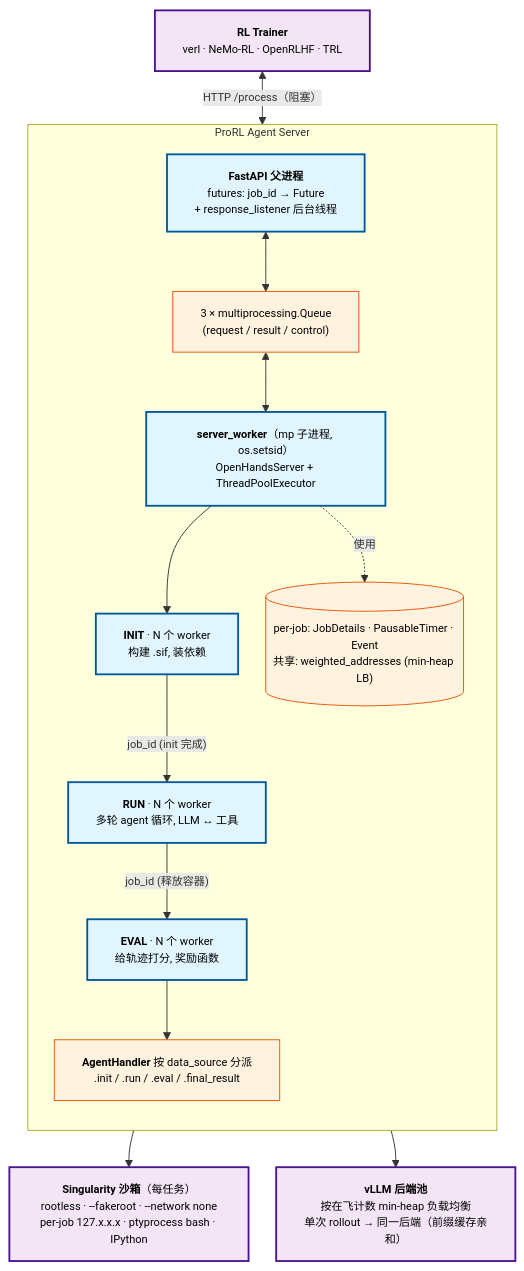
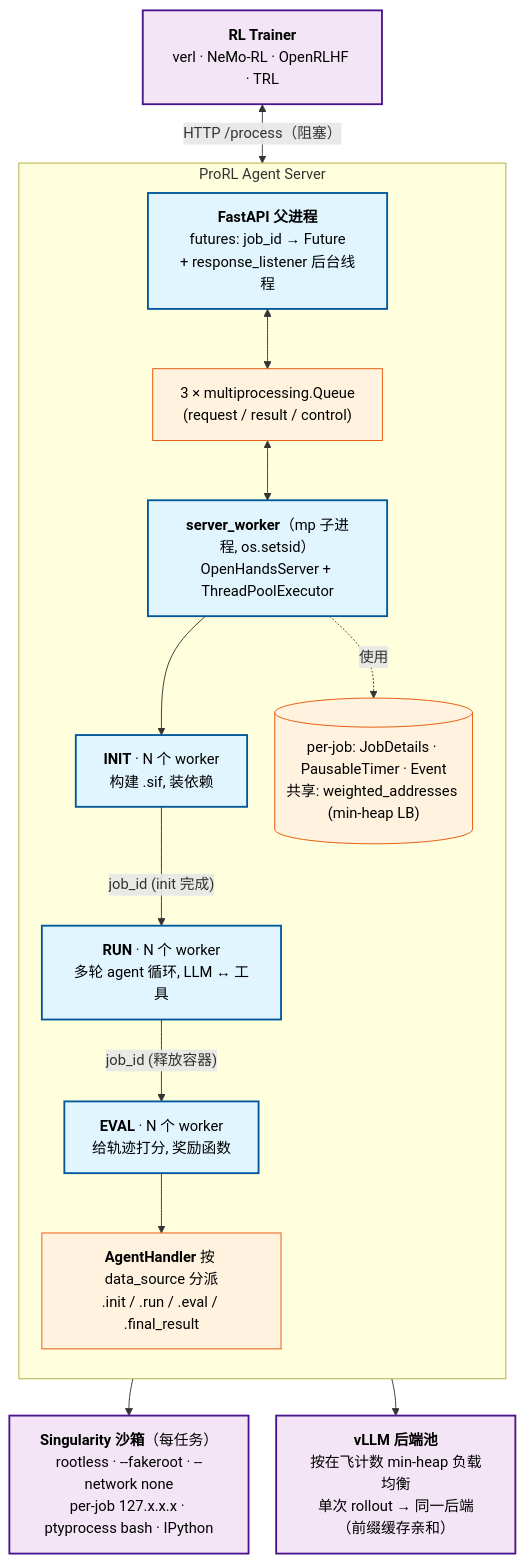
Before and after one commit to shikicloud/MLSys: the diagram in CN/wiki/agentic-rl/prorl-agent.md, drawn with Mermaid. The commit also changed 6 other files, not shown here.

First line of the commit message:
Fix Mermaid diagram rendering in dark mode

````diff
--- a/CN/wiki/agentic-rl/prorl-agent.md
+++ b/CN/wiki/agentic-rl/prorl-agent.md
@@ -83,36 +83,36 @@
 ```mermaid
-%%{init: {"flowchart": {"nodeSpacing": 30, "rankSpacing": 40}, "themeVariables": {"fontSize": "12px"}}}%%
+%%{init: {"flowchart": {"nodeSpacing": 30, "rankSpacing": 40}}}%%
 flowchart TB
     classDef ext fill:#f3e5f5,stroke:#4a148c,stroke-width:2px,color:#000
     classDef svc fill:#e1f5ff,stroke:#01579b,stroke-width:2px,color:#000
     classDef state fill:#fff3e0,stroke:#e65100,stroke-width:1px,color:#000
 
     Trainer["<b>RL Trainer</b><br/>verl · NeMo-RL · OpenRLHF · TRL"]:::ext
 
     subgraph Server["ProRL Agent Server"]
         direction TB
         FastAPI["<b>FastAPI 父进程</b><br/>futures: job_id → Future<br/>+ response_listener 后台线程"]:::svc
         MQ["3 × multiprocessing.Queue<br/>(request / result / control)"]:::state
         Worker["<b>server_worker</b>（mp 子进程, os.setsid）<br/>OpenHandsServer + ThreadPoolExecutor"]:::svc
         INIT["<b>INIT</b> · N 个 worker<br/>构建 .sif, 装依赖"]:::svc
         RUN["<b>RUN</b> · N 个 worker<br/>多轮 agent 循环, LLM ↔ 工具"]:::svc
         EVAL["<b>EVAL</b> · N 个 worker<br/>给轨迹打分, 奖励函数"]:::svc
         AHandler["<b>AgentHandler</b> 按 data_source 分派<br/>.init / .run / .eval / .final_result"]:::state
         State[("per-job: JobDetails · PausableTimer · Event<br/>共享: weighted_addresses (min-heap LB)")]:::state
 
         FastAPI <--> MQ
         MQ <--> Worker
         Worker --> INIT
         INIT -->|"job_id (init 完成)"| RUN
         RUN -->|"job_id (释放容器)"| EVAL
         EVAL --> AHandler
         Worker -.使用.-> State
     end
 
     Sandbox["<b>Singularity 沙箱</b>（每任务）<br/>rootless · --fakeroot · --network none<br/>per-job 127.x.x.x · ptyprocess bash · IPython"]:::ext
     vLLM["<b>vLLM 后端池</b><br/>按在飞计数 min-heap 负载均衡<br/>单次 rollout → 同一后端（前缀缓存亲和）"]:::ext
 
     Trainer <-->|"HTTP /process（阻塞）"| Server
     Worker --> Sandbox
     Worker --> vLLM
 ```
````
